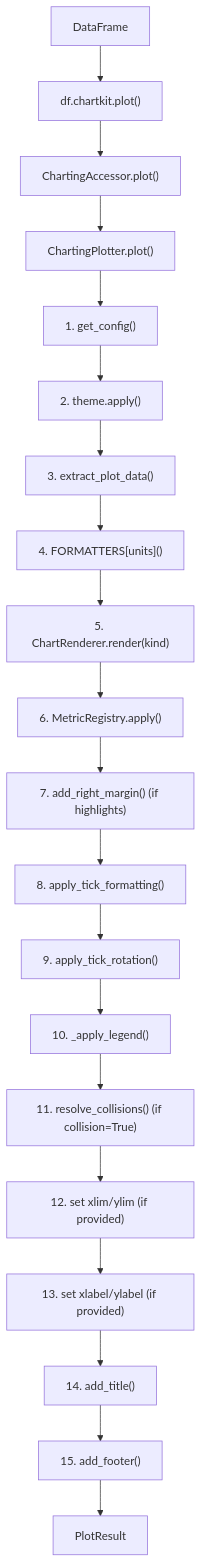
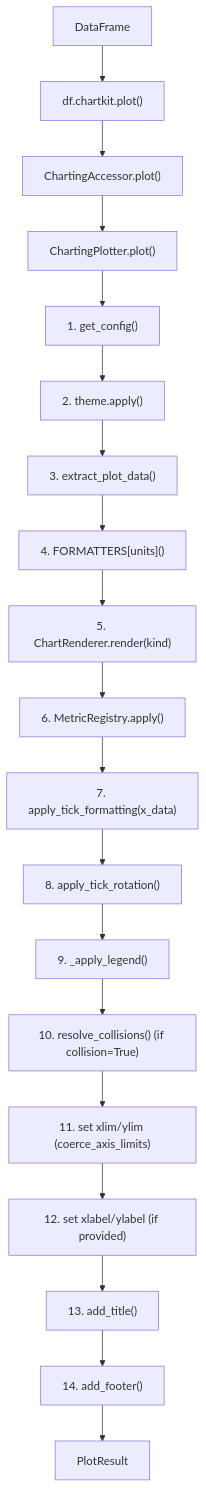
One commit to enzoomoreira/chartkit changed the diagram in docs/contributing/architecture.md. Above: the diagram before and after it, drawn with Mermaid. The commit also changed other lines of this file and 13 other files, not shown here.

````diff
--- a/docs/contributing/architecture.md
+++ b/docs/contributing/architecture.md
@@ -92,23 +92,22 @@
 ```mermaid
 flowchart TD
     A[DataFrame] --> B["df.chartkit.plot()"]
     B --> C["ChartingAccessor.plot()"]
     C --> D["ChartingPlotter.plot()"]
 
     D --> D1["1. get_config()"]
     D1 --> D2["2. theme.apply()"]
     D2 --> D3["3. extract_plot_data()"]
     D3 --> D4["4. FORMATTERS[units]()"]
     D4 --> D5["5. ChartRenderer.render(kind)"]
     D5 --> D6["6. MetricRegistry.apply()"]
-    D6 --> D6a["7. add_right_margin() (if highlights)"]
-    D6a --> D6c["8. apply_tick_formatting()"]
-    D6c --> D6d["9. apply_tick_rotation()"]
-    D6d --> D6b["10. _apply_legend()"]
-    D6b --> D7["11. resolve_collisions() (if collision=True)"]
-    D7 --> D7a["12. set xlim/ylim (if provided)"]
-    D7a --> D7b["13. set xlabel/ylabel (if provided)"]
-    D7b --> D8["14. add_title()"]
-    D8 --> D9["15. add_footer()"]
+    D6 --> D6c["7. apply_tick_formatting(x_data)"]
+    D6c --> D6d["8. apply_tick_rotation()"]
+    D6d --> D6b["9. _apply_legend()"]
+    D6b --> D7["10. resolve_collisions() (if collision=True)"]
+    D7 --> D7a["11. set xlim/ylim (coerce_axis_limits)"]
+    D7a --> D7b["12. set xlabel/ylabel (if provided)"]
+    D7b --> D8["13. add_title()"]
+    D8 --> D9["14. add_footer()"]
     D9 --> E["PlotResult"]
 ```
````
